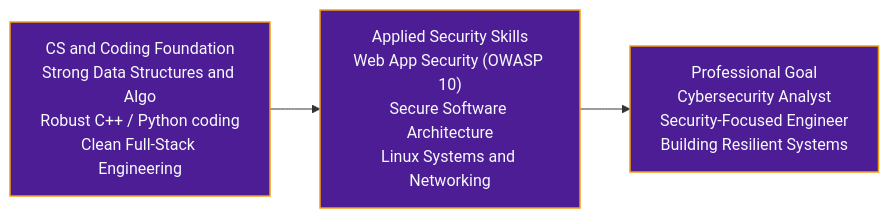
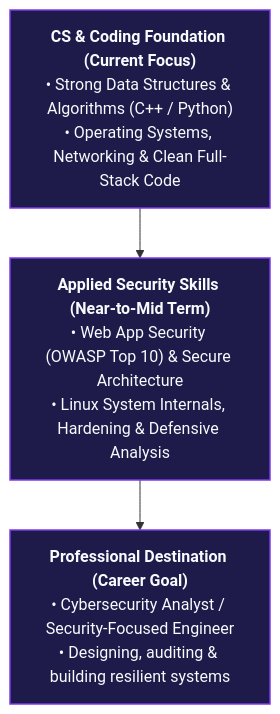
One commit to omjoshi-2307/omjoshi-2307 changed the diagram in README.md. Above: the diagram before and after it, drawn with Mermaid. The commit also changed other lines of this file, not shown here.

````diff
--- a/README.md
+++ b/README.md
@@ -162,9 +173,9 @@
 ```mermaid
-flowchart LR
-    A["CS and Coding Foundation<br/>Strong Data Structures and Algo<br/>Robust C++ / Python coding<br/>Clean Full-Stack Engineering"]
-    B["Applied Security Skills<br/>Web App Security (OWASP 10)<br/>Secure Software Architecture<br/>Linux Systems and Networking"]
-    C["Professional Goal<br/>Cybersecurity Analyst<br/>Security-Focused Engineer<br/>Building Resilient Systems"]
+flowchart TD
+    A["<b>CS & Coding Foundation (Current Focus)</b><br/>• Strong Data Structures & Algorithms (C++ / Python)<br/>• Operating Systems, Networking & Clean Full-Stack Code"]
+    B["<b>Applied Security Skills (Near-to-Mid Term)</b><br/>• Web App Security (OWASP Top 10) & Secure Architecture<br/>• Linux System Internals, Hardening & Defensive Analysis"]
+    C["<b>Professional Destination (Career Goal)</b><br/>• Cybersecurity Analyst / Security-Focused Engineer<br/>• Designing, auditing & building resilient systems"]
     A --> B --> C
-    classDef box fill:#4C1D95,stroke:#F59E0B,color:#F8FAFC,stroke-width:1.5px
+    classDef box fill:#1E1B4B,stroke:#7C3AED,color:#F8FAFC,stroke-width:1.5px
     class A,B,C box
 ```
````
